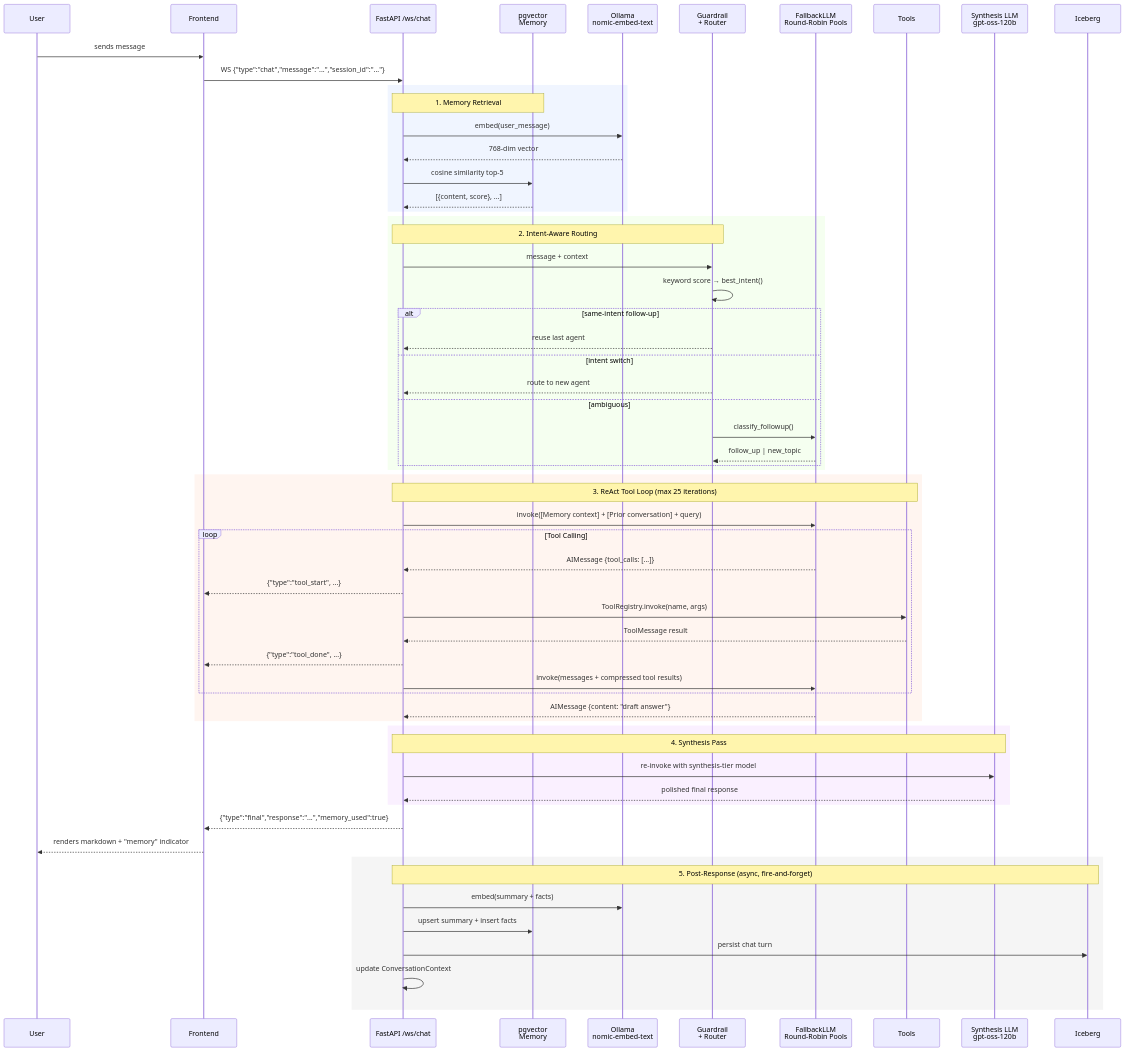
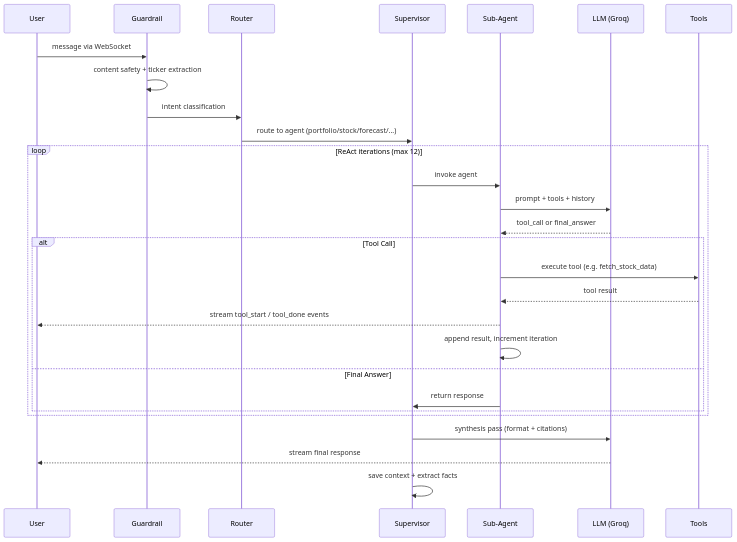
Before and after one commit to asequitytrading-design/ai-agent-ui: the second of 4 diagrams in README.md, drawn with Mermaid. The commit also changed other lines of this file and 228 other files, not shown here.

First line of the commit message:
Sprint 6: Recommendations, Market Ticker, Data Health, Forecast Optimization (#117)

````diff
--- a/README.md
+++ b/README.md
@@ -212,69 +122,34 @@
 ```mermaid
 sequenceDiagram
     participant U as User
-    participant FE as Frontend
-    participant BE as FastAPI /ws/chat
-    participant MEM as pgvector<br/>Memory
-    participant EMB as Ollama<br/>nomic-embed-text
-    participant GD as Guardrail<br/>+ Router
-    participant LLM as FallbackLLM<br/>Round-Robin Pools
+    participant G as Guardrail
+    participant R as Router
+    participant S as Supervisor
+    participant A as Sub-Agent
+    participant L as LLM (Groq)
     participant T as Tools
-    participant SYN as Synthesis LLM<br/>gpt-oss-120b
-    participant ICE as Iceberg
 
-    U->>FE: sends message
-    FE->>BE: WS {"type":"chat","message":"...","session_id":"..."}
+    U->>G: message via WebSocket
+    G->>G: content safety + ticker extraction
+    G->>R: intent classification
+    R->>S: route to agent (portfolio/stock/forecast/...)
 
-    rect rgb(240, 245, 255)
-        Note over BE,MEM: 1. Memory Retrieval
-        BE->>EMB: embed(user_message)
-        EMB-->>BE: 768-dim vector
-        BE->>MEM: cosine similarity top-5
-        MEM-->>BE: [{content, score}, ...]
-    end
+    loop ReAct iterations (max 12)
+        S->>A: invoke agent
+        A->>L: prompt + tools + history
+        L-->>A: tool_call or final_answer
 
-    rect rgb(245, 255, 240)
-        Note over BE,GD: 2. Intent-Aware Routing
-        BE->>GD: message + context
-        GD->>GD: keyword score → best_intent()
-        alt same-intent follow-up
-            GD-->>BE: reuse last agent
-        else intent switch
-            GD-->>BE: route to new agent
-        else ambiguous
-            GD->>LLM: classify_followup()
-            LLM-->>GD: follow_up | new_topic
+        alt Tool Call
+            A->>T: execute tool (e.g. fetch_stock_data)
+            T-->>A: tool result
+            A-->>U: stream tool_start / tool_done events
+            A->>A: append result, increment iteration
+        else Final Answer
+            A->>S: return response
         end
     end
 
-    rect rgb(255, 245, 240)
-        Note over BE,T: 3. ReAct Tool Loop (max 25 iterations)
-        BE->>LLM: invoke([Memory context] + [Prior conversation] + query)
-        loop Tool Calling
-            LLM-->>BE: AIMessage {tool_calls: [...]}
-            BE-->>FE: {"type":"tool_start", ...}
-            BE->>T: ToolRegistry.invoke(name, args)
-            T-->>BE: ToolMessage result
-            BE-->>FE: {"type":"tool_done", ...}
-            BE->>LLM: invoke(messages + compressed tool results)
-        end
-        LLM-->>BE: AIMessage {content: "draft answer"}
-    end
-
-    rect rgb(250, 240, 255)
-        Note over BE,SYN: 4. Synthesis Pass
-        BE->>SYN: re-invoke with synthesis-tier model
-        SYN-->>BE: polished final response
-    end
-
-    BE-->>FE: {"type":"final","response":"...","memory_used":true}
-    FE-->>U: renders markdown + "memory" indicator
-
-    rect rgb(245, 245, 245)
-        Note over BE,ICE: 5. Post-Response (async, fire-and-forget)
-        BE->>EMB: embed(summary + facts)
-        BE->>MEM: upsert summary + insert facts
-        BE->>ICE: persist chat turn
-        BE->>BE: update ConversationContext
-    end
+    S->>L: synthesis pass (format + citations)
+    L-->>U: stream final response
+    S->>S: save context + extract facts
 ```
````
